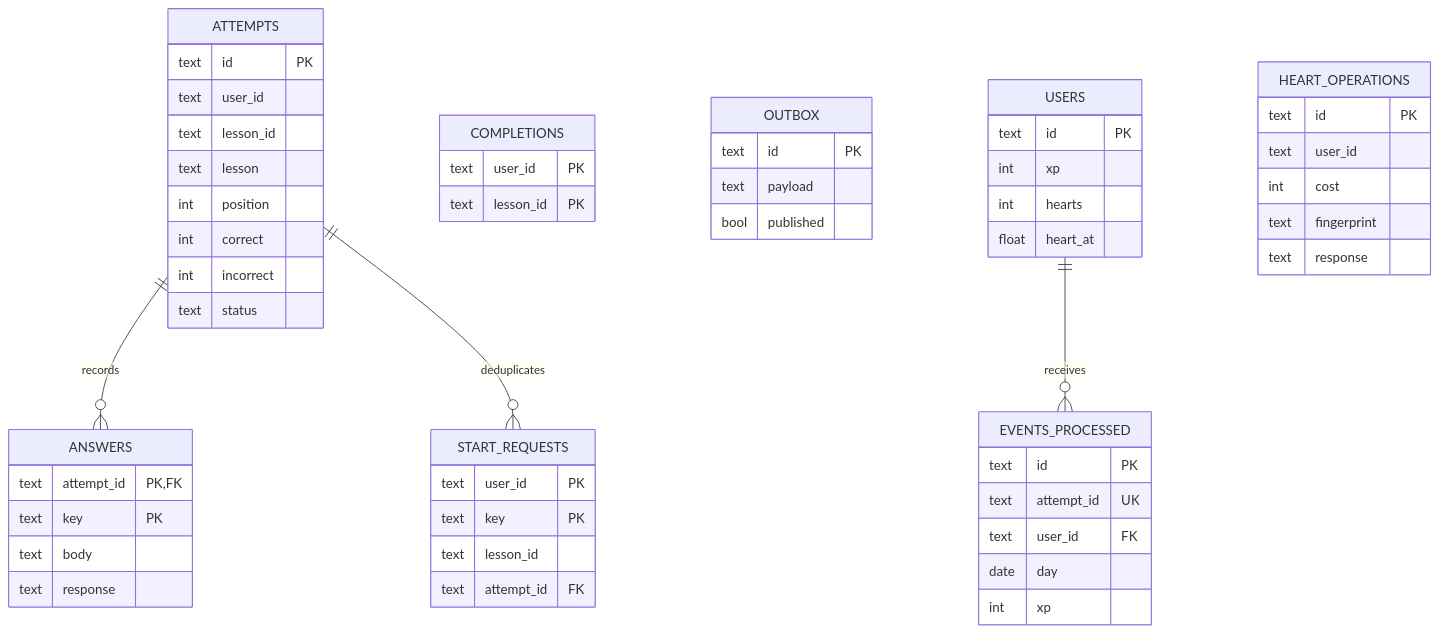
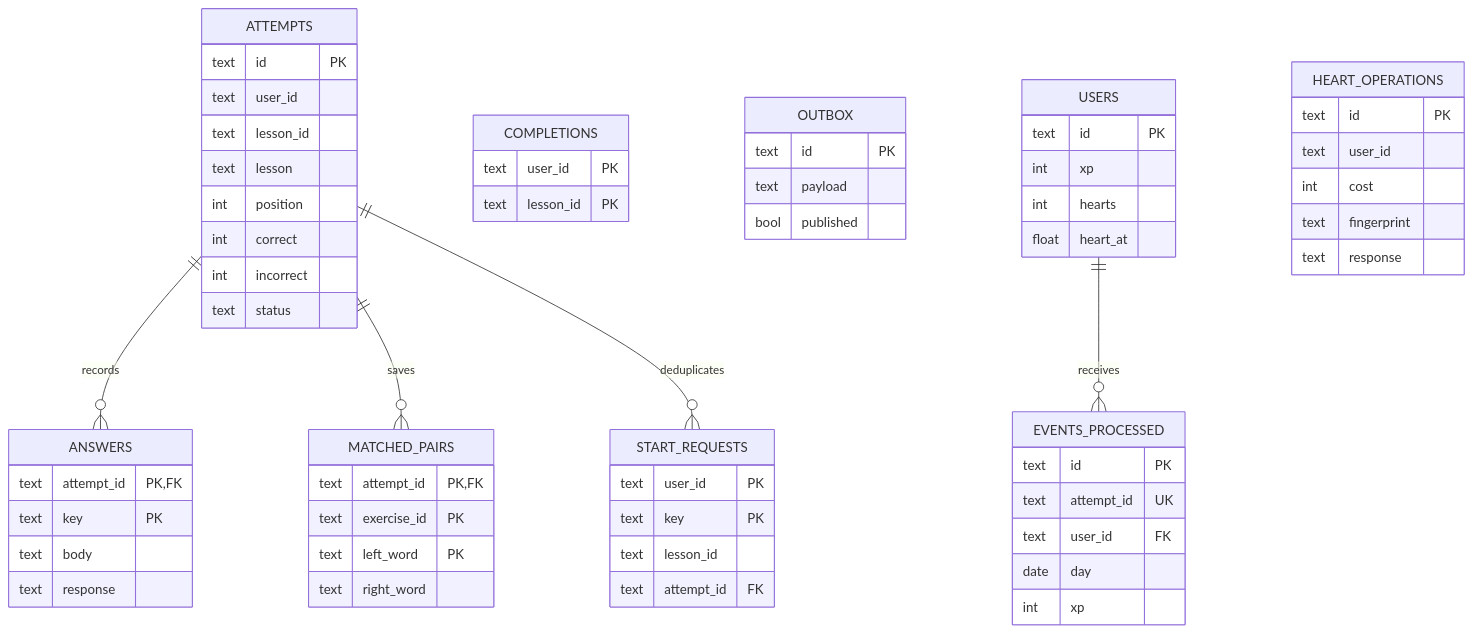
One commit to Vyoum/Duolingo_clone changed the third of 3 diagrams in README.md. Above: the diagram before and after it, drawn with Mermaid. The commit also changed other lines of this file and 8 other files, not shown here.

````diff
--- a/README.md
+++ b/README.md
@@ -92,41 +92,46 @@
 ```mermaid
 erDiagram
   ATTEMPTS ||--o{ ANSWERS : records
+  ATTEMPTS ||--o{ MATCHED_PAIRS : saves
   ATTEMPTS ||--o{ START_REQUESTS : deduplicates
   ATTEMPTS { text id PK
     text user_id
     text lesson_id
     text lesson
     int position
     int correct
     int incorrect
     text status }
   ANSWERS { text attempt_id PK,FK
     text key PK
     text body
     text response }
+  MATCHED_PAIRS { text attempt_id PK,FK
+    text exercise_id PK
+    text left_word PK
+    text right_word }
   START_REQUESTS { text user_id PK
     text key PK
     text lesson_id
     text attempt_id FK }
   COMPLETIONS { text user_id PK
     text lesson_id PK }
   OUTBOX { text id PK
     text payload
     bool published }
   USERS ||--o{ EVENTS_PROCESSED : receives
   USERS { text id PK
     int xp
     int hearts
     float heart_at }
   EVENTS_PROCESSED { text id PK
     text attempt_id UK
     text user_id FK
     date day
     int xp }
   HEART_OPERATIONS { text id PK
     text user_id
     int cost
     text fingerprint
     text response }
 ```
````
